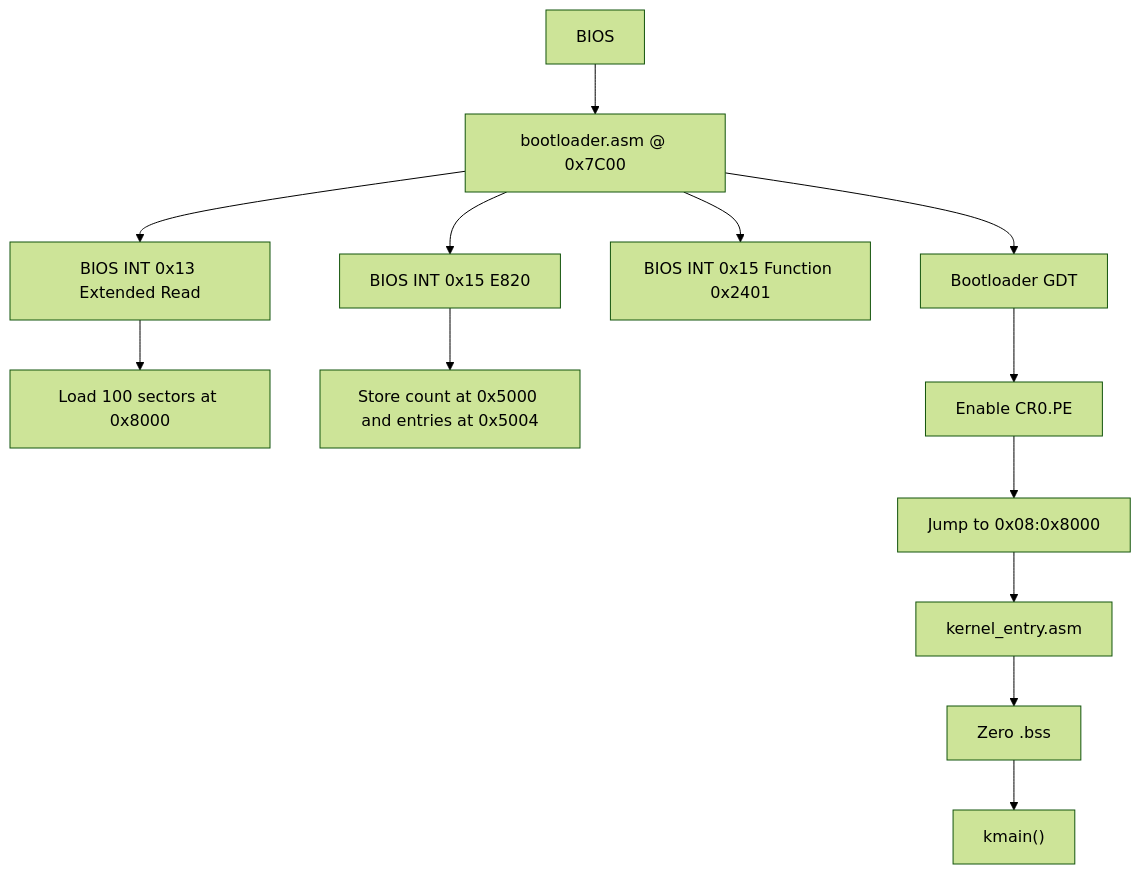
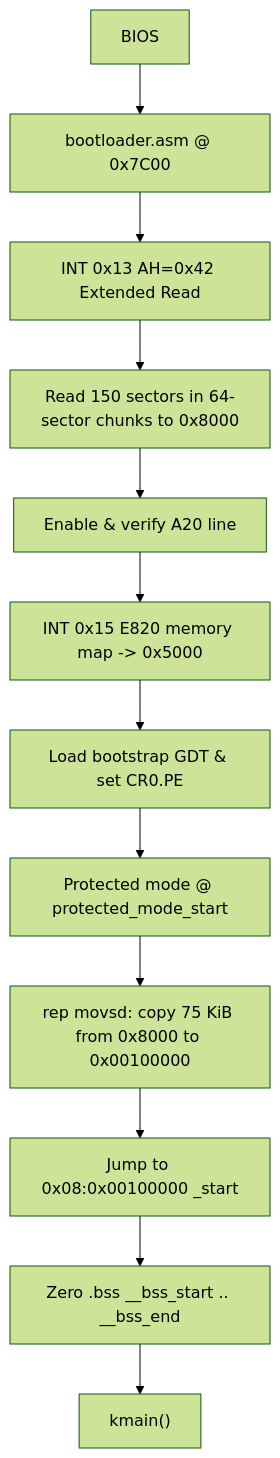
The second of 2 diagrams in docs/architecture.md (abhinavprakash-x/osdev), drawn with Mermaid (forest theme) before and after one commit. The commit also changed other lines of this file and 18 other files, not shown here.

````diff
--- a/docs/architecture.md
+++ b/docs/architecture.md
@@ -66,15 +70,14 @@
 ```mermaid
 flowchart TD
     BIOS --> BOOT[bootloader.asm @ 0x7C00]
-    BOOT --> DISK[BIOS INT 0x13 Extended Read]
-    DISK --> KERNEL[Load 100 sectors at 0x8000]
-    BOOT --> E820[BIOS INT 0x15 E820]
-    E820 --> MAP[Store count at 0x5000 and entries at 0x5004]
-    BOOT --> A20[BIOS INT 0x15 Function 0x2401]
-    BOOT --> GDT0[Bootloader GDT]
-    GDT0 --> PM[Enable CR0.PE]
-    PM --> JMP[Jump to 0x08:0x8000]
-    JMP --> ENTRY[kernel_entry.asm]
-    ENTRY --> BSS[Zero .bss]
+    BOOT --> DISK[INT 0x13 AH=0x42 Extended Read]
+    DISK --> BUF[Read 150 sectors in 64-sector chunks to 0x8000]
+    BUF --> A20[Enable & verify A20 line]
+    A20 --> E820[INT 0x15 E820 memory map -> 0x5000]
+    E820 --> GDT0[Load bootstrap GDT & set CR0.PE]
+    GDT0 --> PM[Protected mode @ protected_mode_start]
+    PM --> COPY[rep movsd: copy 75 KiB from 0x8000 to 0x00100000]
+    COPY --> ENTRY[Jump to 0x08:0x00100000 _start]
+    ENTRY --> BSS[Zero .bss __bss_start .. __bss_end]
     BSS --> KMAIN["kmain()"]
 ```
````
